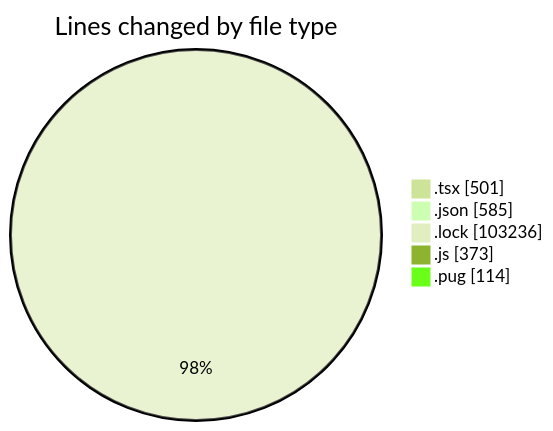
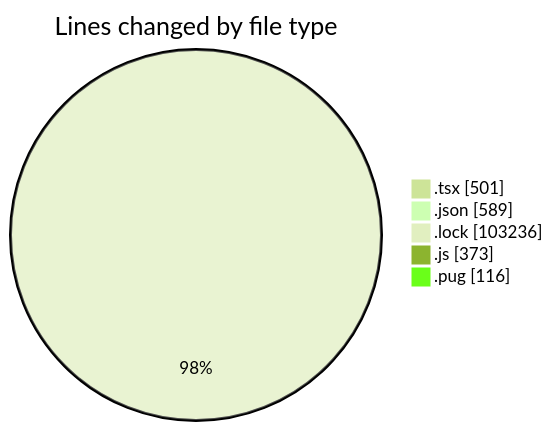
One commit to momahboobian/code-tracking changed the first of 2 diagrams in 2025-03-10/cda/README.md. Above: the diagram before and after it, drawn with Mermaid (forest theme). The commit also changed other lines of this file and 1 other file, not shown here.

````diff
--- a/2025-03-10/cda/README.md
+++ b/2025-03-10/cda/README.md
@@ -45,9 +45,9 @@
 ```mermaid
 pie showData
 title Lines changed by file type
 ".tsx" : 501
-".json" : 585
+".json" : 589
 ".lock" : 103236
 ".js" : 373
-".pug" : 114
+".pug" : 116
 ```
````
